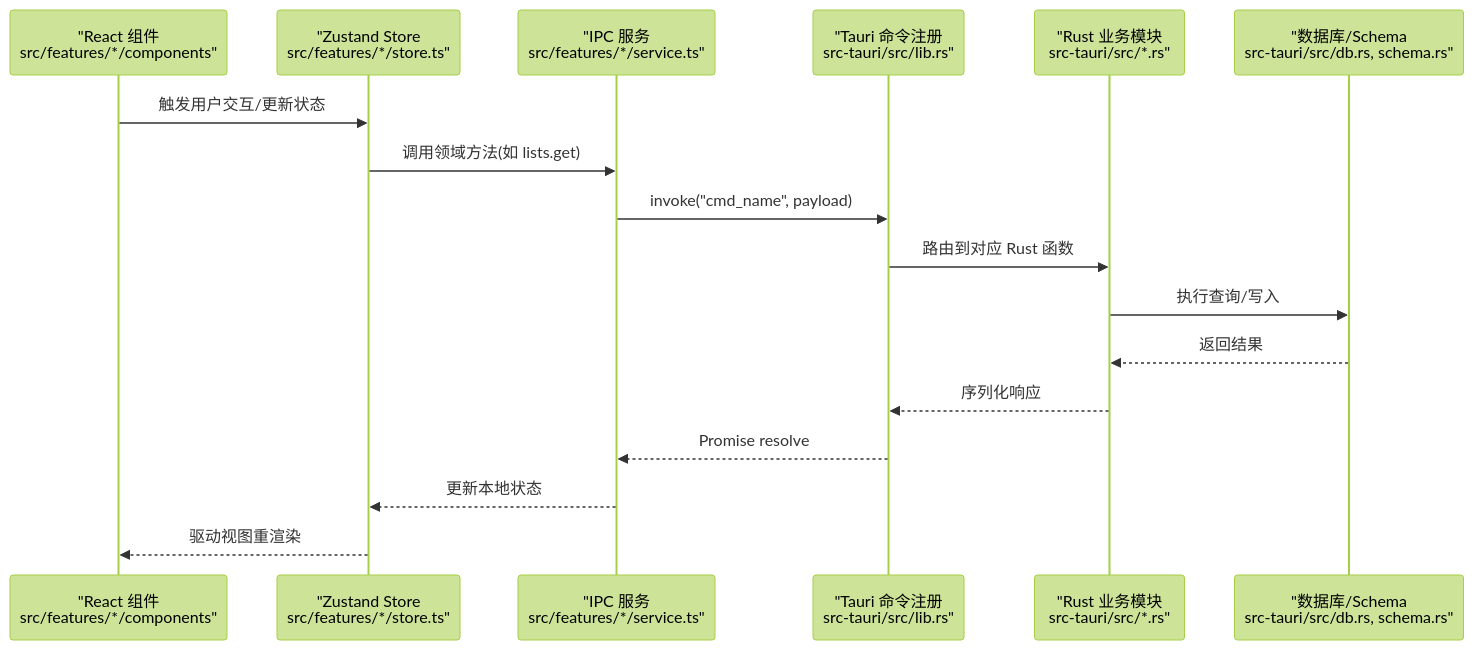
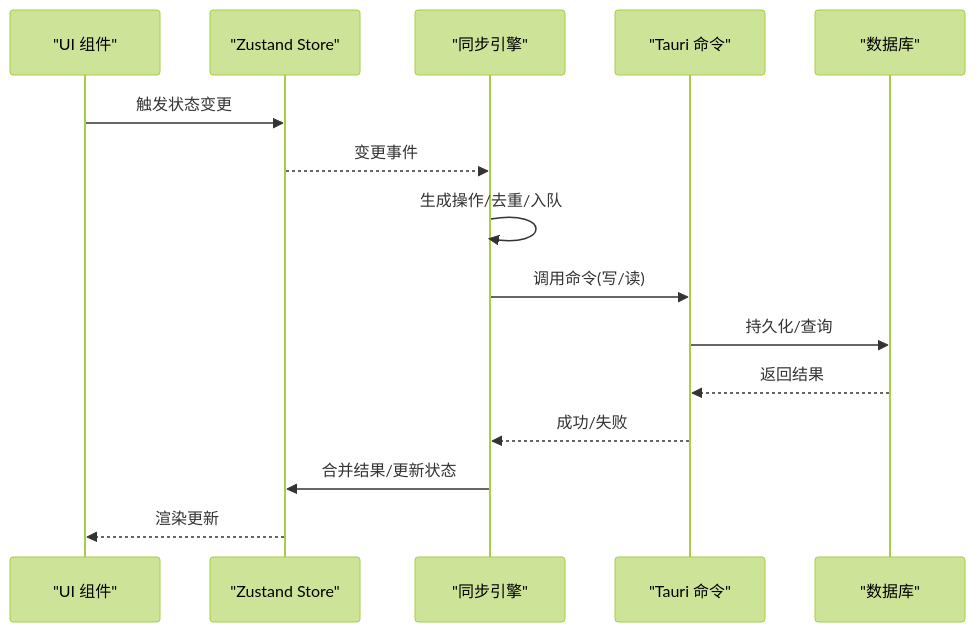
The third of 11 diagrams in .qoder/repowiki/zh/content/架构设计/架构设计.md (gzdxhujiale/FishWorker), drawn with Mermaid (forest theme) before and after one commit. The commit also changed other lines of this file and 238 other files, not shown here.

````diff
--- a/.qoder/repowiki/zh/content/架构设计/架构设计.md
+++ b/.qoder/repowiki/zh/content/架构设计/架构设计.md
@@ -155,19 +166,17 @@
 ```mermaid
 sequenceDiagram
-participant UI as "React 组件<br/>src/features/*/components"
-participant Store as "Zustand Store<br/>src/features/*/store.ts"
-participant Service as "IPC 服务<br/>src/features/*/service.ts"
-participant Tauri as "Tauri 命令注册<br/>src-tauri/src/lib.rs"
-participant Biz as "Rust 业务模块<br/>src-tauri/src/*.rs"
-participant DB as "数据库/Schema<br/>src-tauri/src/db.rs, schema.rs"
-UI->>Store : 触发用户交互/更新状态
-Store->>Service : 调用领域方法(如 lists.get)
-Service->>Tauri : invoke("cmd_name", payload)
-Tauri->>Biz : 路由到对应 Rust 函数
-Biz->>DB : 执行查询/写入
-DB-->>Biz : 返回结果
-Biz-->>Tauri : 序列化响应
-Tauri-->>Service : Promise resolve
-Service-->>Store : 更新本地状态
-Store-->>UI : 驱动视图重渲染
+participant UI as "UI 组件"
+participant Store as "Zustand Store"
+participant Sync as "同步引擎"
+participant Cmd as "Tauri 命令"
+participant DB as "数据库"
+UI->>Store : 触发状态变更
+Store-->>Sync : 变更事件
+Sync->>Sync : 生成操作/去重/入队
+Sync->>Cmd : 调用命令(写/读)
+Cmd->>DB : 持久化/查询
+DB-->>Cmd : 返回结果
+Cmd-->>Sync : 成功/失败
+Sync->>Store : 合并结果/更新状态
+Store-->>UI : 渲染更新
 ```
````
